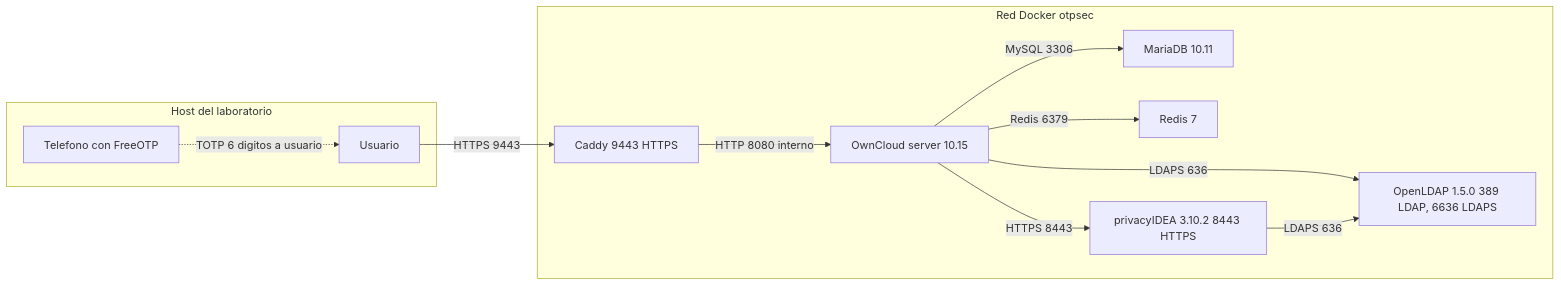
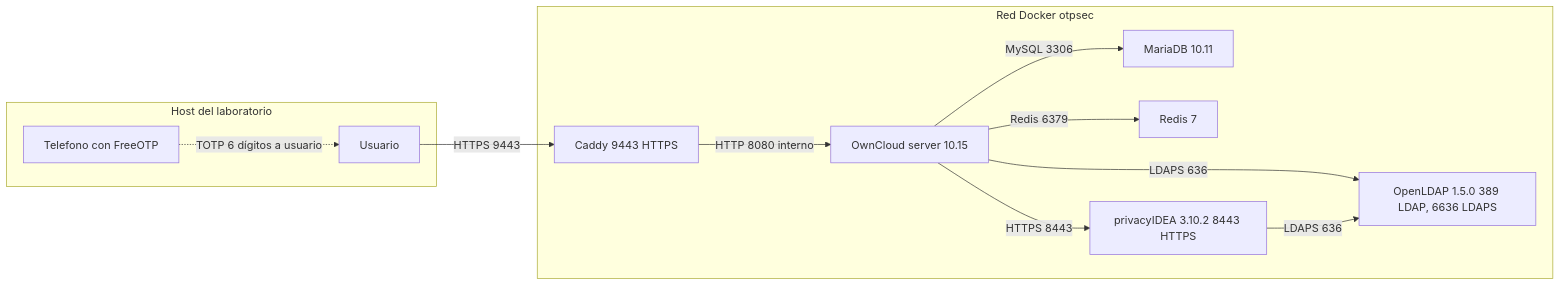
Before and after one commit to chochy2001/otp-secured-cloud: the first of 3 diagrams in docs/arquitectura.md, drawn with Mermaid. The commit also changed other lines of this file and 8 other files, not shown here.

````diff
--- a/docs/arquitectura.md
+++ b/docs/arquitectura.md
@@ -84,25 +84,25 @@
 ```mermaid
 graph LR
   subgraph host[Host del laboratorio]
     user[Usuario]
     phone[Telefono con FreeOTP]
   end
 
   subgraph docker[Red Docker otpsec]
     caddy[Caddy 9443 HTTPS]
     oc[OwnCloud server 10.15]
     db[MariaDB 10.11]
     redis[Redis 7]
     pi[privacyIDEA 3.10.2 8443 HTTPS]
     ldap[OpenLDAP 1.5.0 389 LDAP, 6636 LDAPS]
   end
 
   user -->|HTTPS 9443| caddy
   caddy -->|HTTP 8080 interno| oc
   oc -->|MySQL 3306| db
   oc -->|Redis 6379| redis
   oc -->|LDAPS 636| ldap
   oc -->|HTTPS 8443| pi
   pi -->|LDAPS 636| ldap
-  phone -.->|TOTP 6 digitos a usuario| user
+  phone -.->|TOTP 6 dígitos a usuario| user
 ```
````
